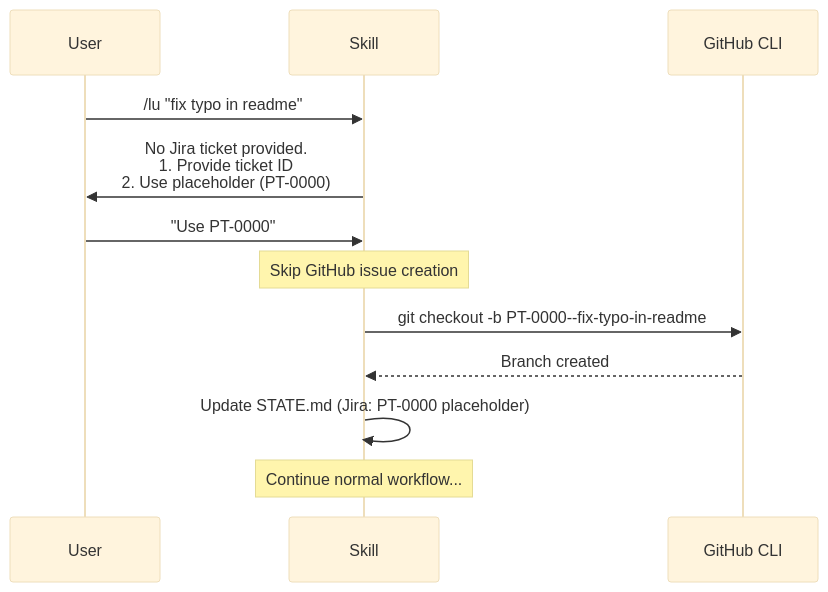
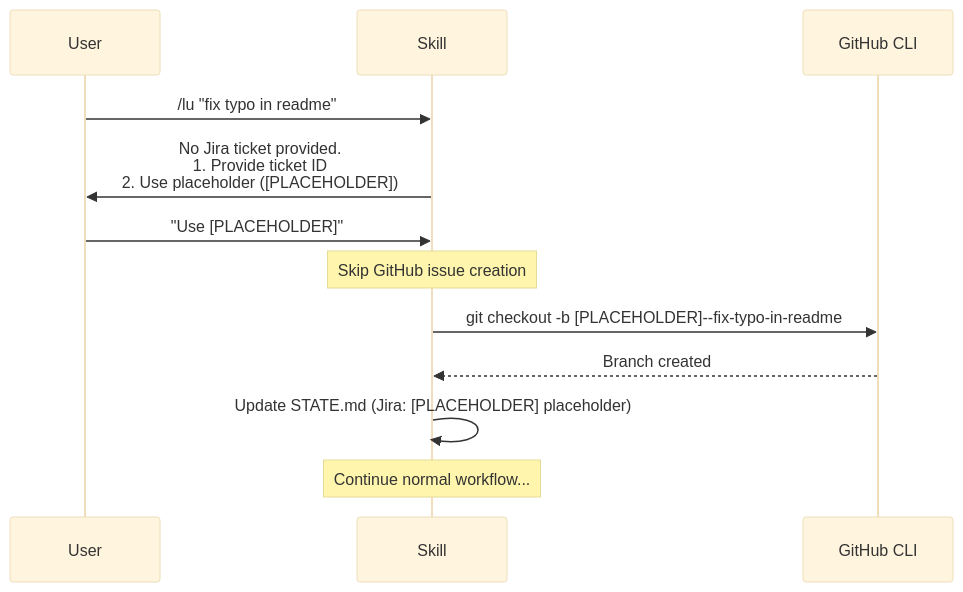
The third of 12 diagrams in docs/agent-framework/luca/end-to-end-workflow.md (asibilia/luca-framework), drawn with Mermaid (base theme) before and after one commit. The commit also changed other lines of this file and 205 other files, not shown here.

````diff
--- a/docs/agent-framework/luca/end-to-end-workflow.md
+++ b/docs/agent-framework/luca/end-to-end-workflow.md
@@ -150,18 +150,18 @@
 ```mermaid
 sequenceDiagram
     participant U as User
     participant S as Skill
     participant G as GitHub CLI
 
     U->>S: /lu "fix typo in readme"
 
-    S->>U: No Jira ticket provided.<br/>1. Provide ticket ID<br/>2. Use placeholder (PT-0000)
-    U->>S: "Use PT-0000"
+    S->>U: No Jira ticket provided.<br/>1. Provide ticket ID<br/>2. Use placeholder ([PLACEHOLDER])
+    U->>S: "Use [PLACEHOLDER]"
 
     Note over S: Skip GitHub issue creation
-    S->>G: git checkout -b PT-0000--fix-typo-in-readme
+    S->>G: git checkout -b [PLACEHOLDER]--fix-typo-in-readme
     G-->>S: Branch created
-    S->>S: Update STATE.md (Jira: PT-0000 placeholder)
+    S->>S: Update STATE.md (Jira: [PLACEHOLDER] placeholder)
 
     Note over S: Continue normal workflow...
 ```
````
